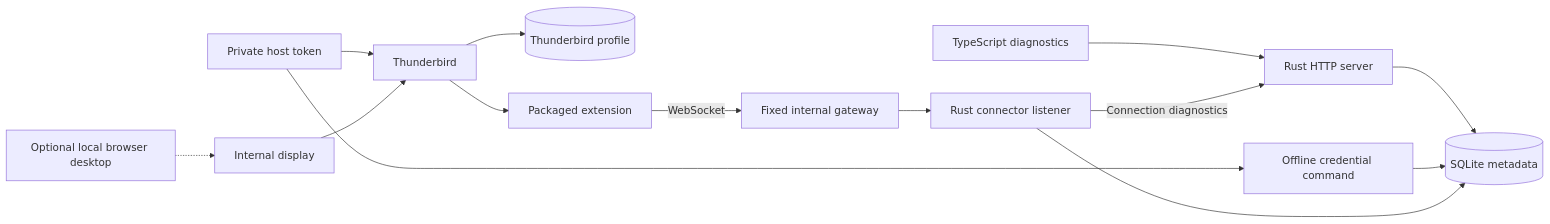
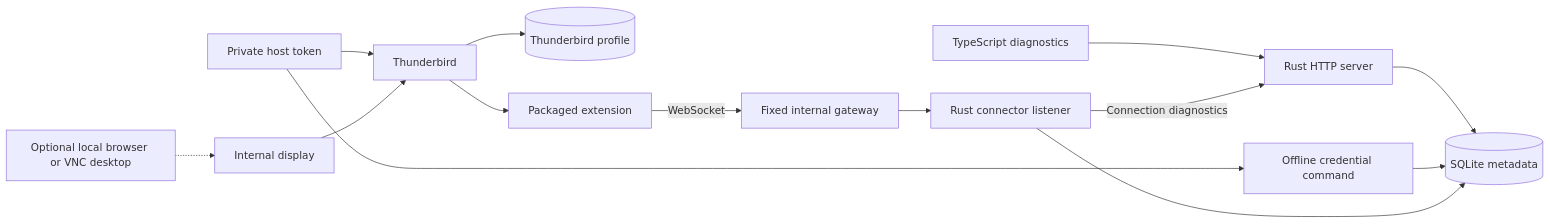
The diagram in docs/reference/architecture.md (woswos/raicho), drawn with Mermaid before and after one commit. The commit also changed other lines of this file and 15 other files, not shown here.

````diff
--- a/docs/reference/architecture.md
+++ b/docs/reference/architecture.md
@@ -68,16 +68,16 @@
 ```mermaid
 flowchart LR
     Browser[TypeScript diagnostics] --> Server[Rust HTTP server]
     Server --> State[(SQLite metadata)]
     Provisioner[Offline credential command] --> State
     Token[Private host token] --> Provisioner
     Token --> Thunderbird
-    Admin[Optional local browser desktop] -.-> Display[Internal display]
+    Admin[Optional local browser or VNC desktop] -.-> Display[Internal display]
     Display --> Thunderbird[Thunderbird]
     Thunderbird --> Profile[(Thunderbird profile)]
     Thunderbird --> Extension[Packaged extension]
     Extension -->|WebSocket| Gateway[Fixed internal gateway]
     Gateway --> Listener[Rust connector listener]
     Listener --> State
     Listener -->|Connection diagnostics| Server
 ```
````
